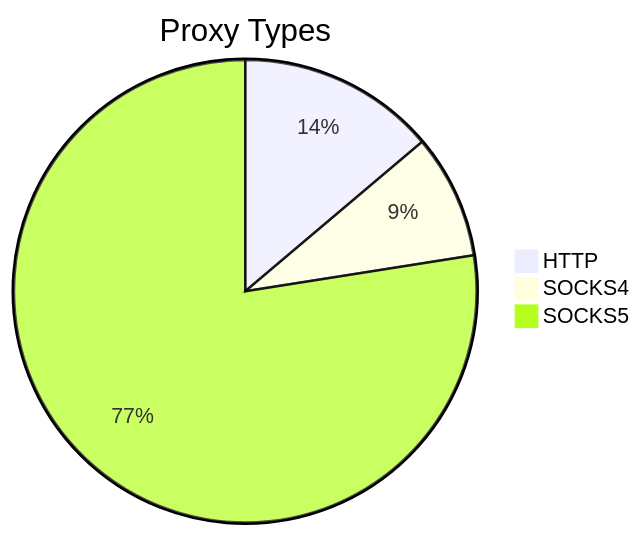
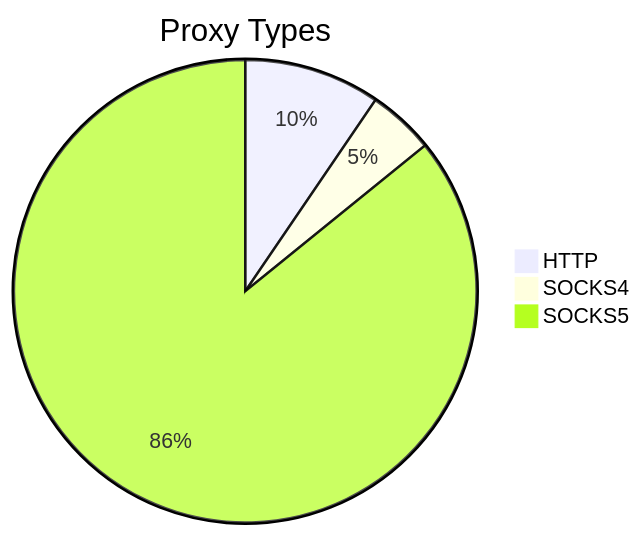
One commit to stormsia/proxy-list changed the first of 2 diagrams in README.md. Above: the diagram before and after it, drawn with Mermaid. The commit also changed other lines of this file, not shown here.

````diff
--- a/README.md
+++ b/README.md
@@ -21,6 +21,6 @@
 ```mermaid
 pie title Proxy Types
-    "HTTP" : 164
-    "SOCKS4" : 103
-    "SOCKS5" : 919
+    "HTTP" : 127
+    "SOCKS4" : 62
+    "SOCKS5" : 1146
 ```
````
